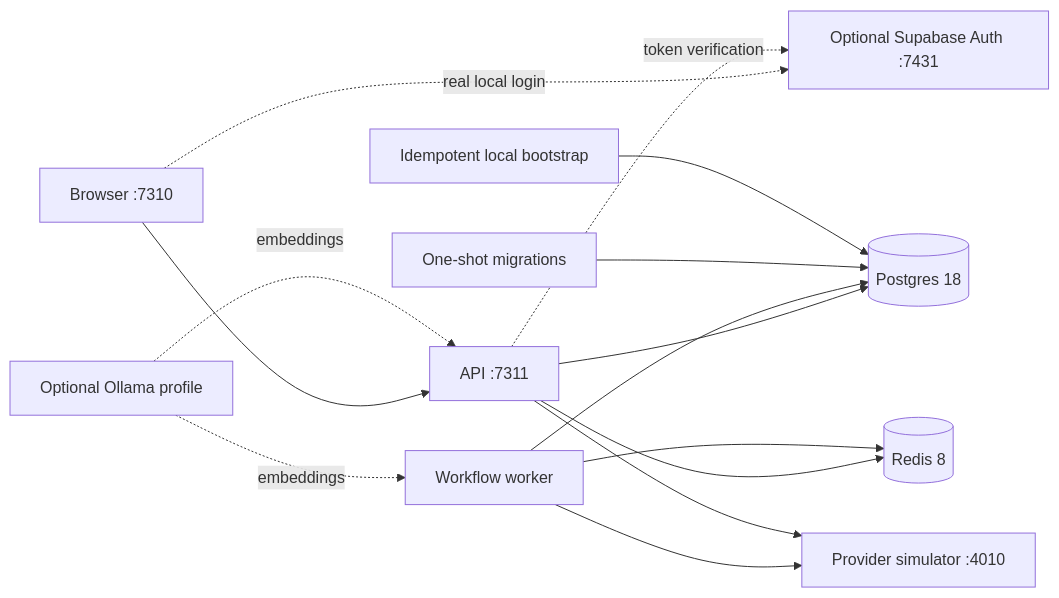
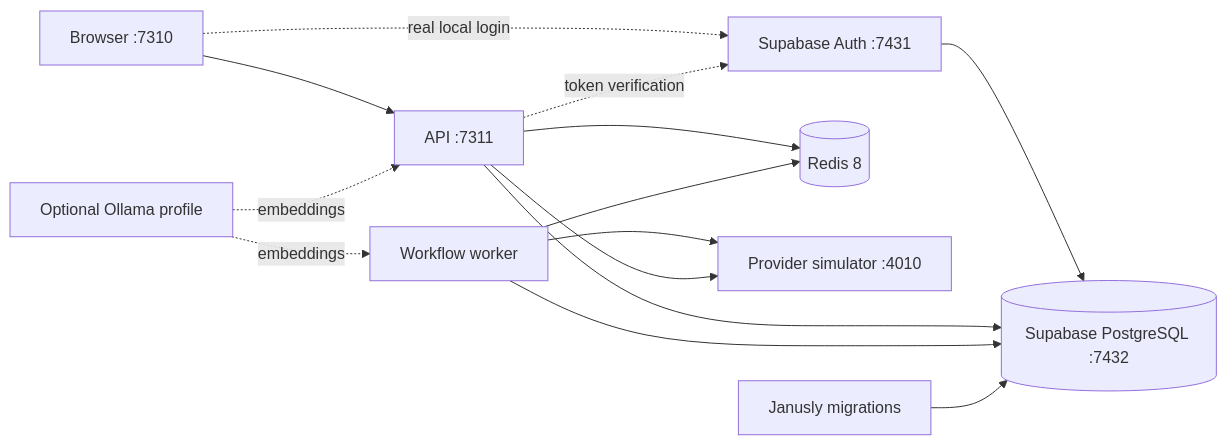
One commit to johnny4young/janusly changed the diagram in docs/local-deployment.md. Above: the diagram before and after it, drawn with Mermaid. The commit also changed other lines of this file and 36 other files, not shown here.

Commit message:
feat(local): start with an empty unified Supabase database

````diff
--- a/docs/local-deployment.md
+++ b/docs/local-deployment.md
@@ -15,16 +15,16 @@
 ```mermaid
 flowchart LR
   Browser["Browser :7310"] --> API["API :7311"]
-  Browser -. real local login .-> Supabase["Optional Supabase Auth :7431"]
-  API -. token verification .-> Supabase
-  API --> PG[("Postgres 18")]
+  Browser -. real local login .-> Auth["Supabase Auth :7431"]
+  API -. token verification .-> Auth
+  Auth --> DB[("Supabase PostgreSQL :7432")]
+  API --> DB
   API --> Redis[("Redis 8")]
-  Worker["Workflow worker"] --> PG
+  Worker["Workflow worker"] --> DB
   Worker --> Redis
   Worker --> Simulator["Provider simulator :4010"]
   API --> Simulator
-  Migrate["One-shot migrations"] --> PG
-  Seed["Idempotent local bootstrap"] --> PG
+  Migrate["Janusly migrations"] --> DB
   Ollama["Optional Ollama profile"] -. embeddings .-> API
   Ollama -. embeddings .-> Worker
 ```
````
